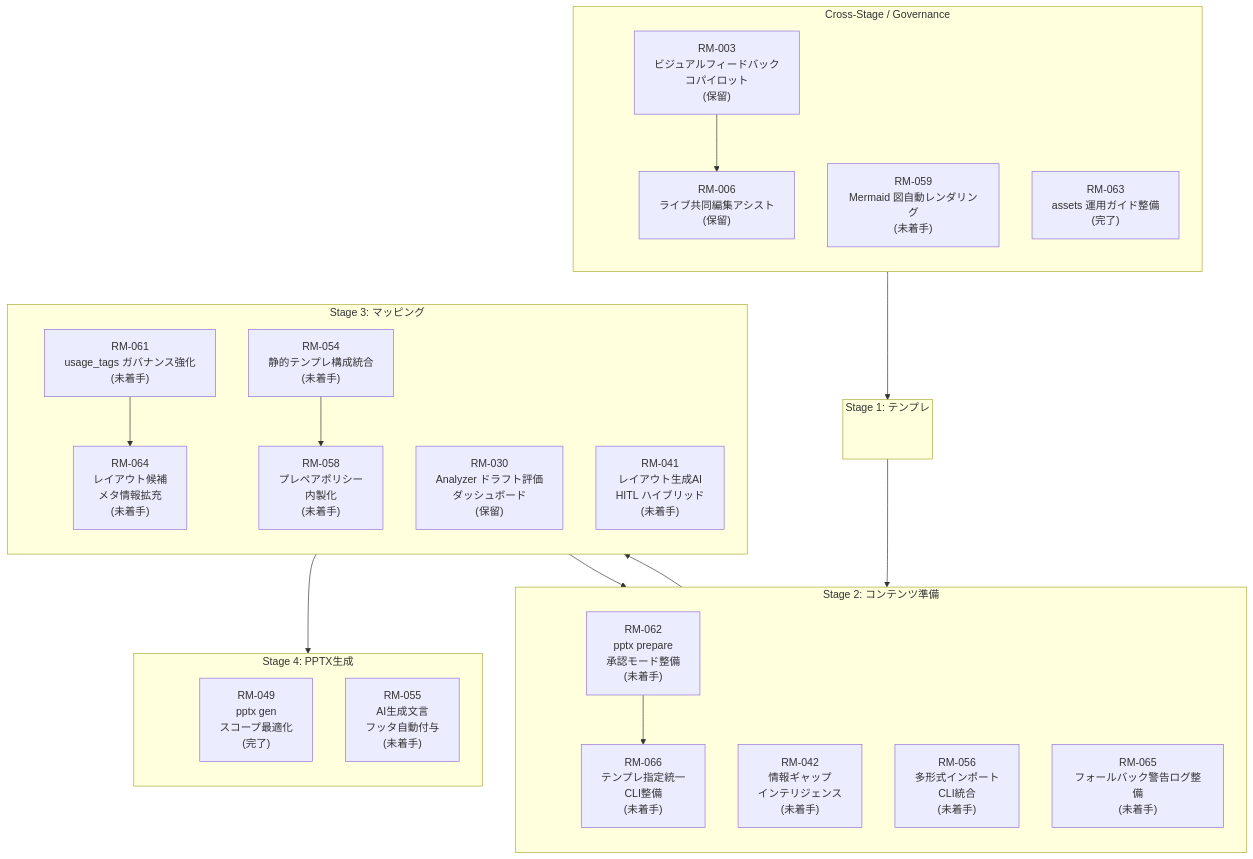
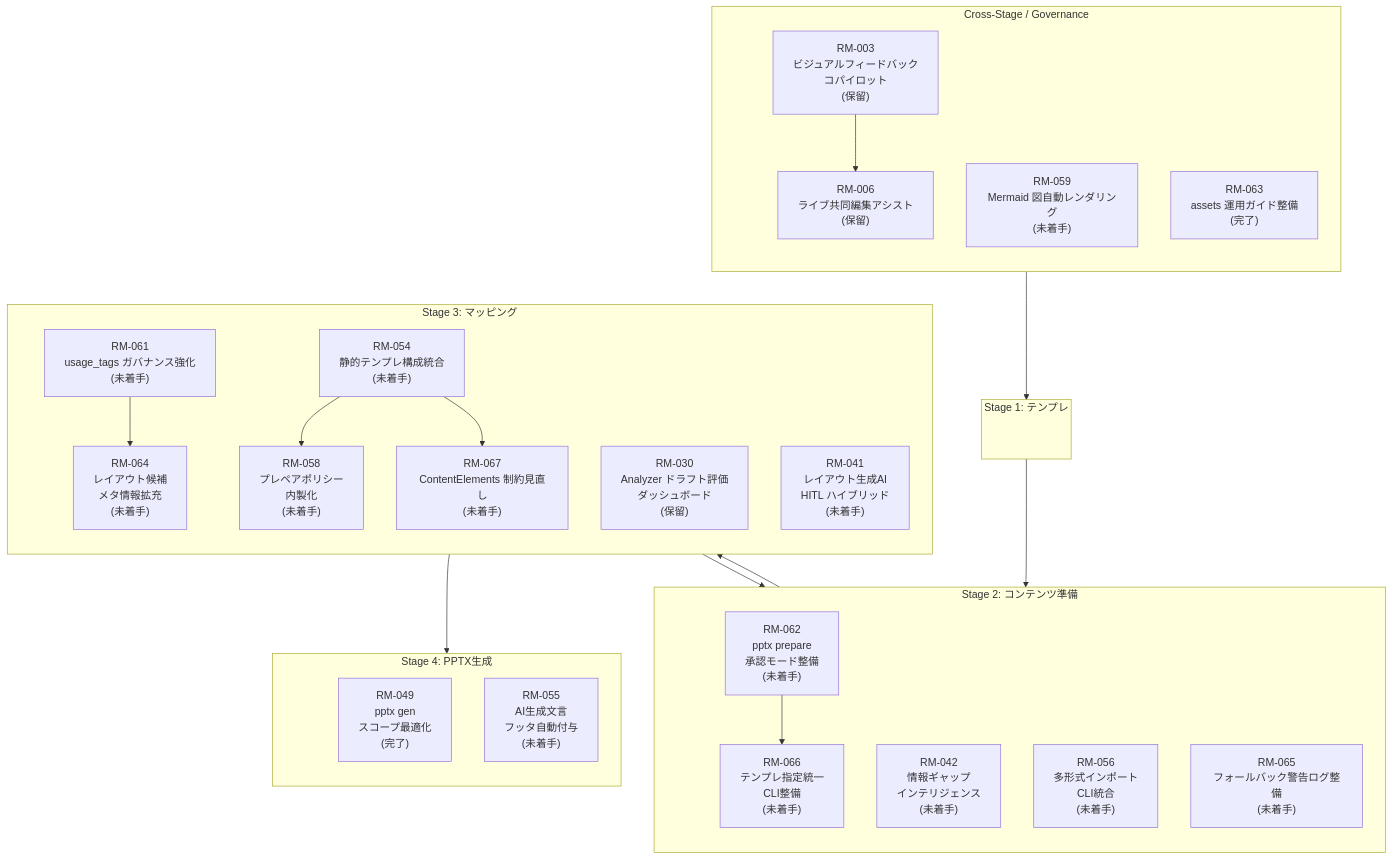
One commit to yurake/pptx_generator changed the diagram in docs/roadmap/roadmap.md. Above: the diagram before and after it, drawn with Mermaid. The commit also changed other lines of this file and 1 other file, not shown here.

Commit message:
docs(roadmap): add rm067 constraint review item

````diff
--- a/docs/roadmap/roadmap.md
+++ b/docs/roadmap/roadmap.md
@@ -25,58 +25,60 @@
 ```mermaid
 flowchart TB
     subgraph GOV["Cross-Stage / Governance"]
         direction TB
         GOV_ANCHOR(( ))
         RM003["RM-003<br/>ビジュアルフィードバック<br/>コパイロット<br/>(保留)"]
         RM006["RM-006<br/>ライブ共同編集アシスト<br/>(保留)"]
         RM059["RM-059<br/>Mermaid 図自動レンダリング<br/>(未着手)"]
         RM063["RM-063<br/>assets 運用ガイド整備<br/>(完了)"]
     end
 
     subgraph ST1["Stage 1: テンプレ"]
         direction TB
         ST1_ANCHOR(( ))
     end
 
     subgraph ST2["Stage 2: コンテンツ準備"]
         direction TB
         ST2_ANCHOR(( ))
         RM042["RM-042<br/>情報ギャップ<br/>インテリジェンス<br/>(未着手)"]
         RM056["RM-056<br/>多形式インポート<br/>CLI統合<br/>(未着手)"]
         RM062["RM-062<br/>pptx prepare<br/>承認モード整備<br/>(未着手)"]
         RM065["RM-065<br/>フォールバック警告ログ整備<br/>(未着手)"]
         RM066["RM-066<br/>テンプレ指定統一<br/>CLI整備<br/>(未着手)"]
     end
 
     subgraph ST3["Stage 3: マッピング"]
         direction TB
         ST3_ANCHOR(( ))
         RM030["RM-030<br/>Analyzer ドラフト評価<br/>ダッシュボード<br/>(保留)"]
         RM041["RM-041<br/>レイアウト生成AI<br/>HITL ハイブリッド<br/>(未着手)"]
         RM054["RM-054<br/>静的テンプレ構成統合<br/>(未着手)"]
         RM058["RM-058<br/>プレペアポリシー<br/>内製化<br/>(未着手)"]
         RM061["RM-061<br/>usage_tags ガバナンス強化<br/>(未着手)"]
         RM064["RM-064<br/>レイアウト候補<br/>メタ情報拡充<br/>(未着手)"]
+        RM067["RM-067<br/>ContentElements 制約見直し<br/>(未着手)"]
     end
 
     subgraph ST4["Stage 4: PPTX生成"]
         direction TB
         ST4_ANCHOR(( ))
         RM049["RM-049<br/>pptx gen<br/>スコープ最適化<br/>(完了)"]
         RM055["RM-055<br/>AI生成文言<br/>フッタ自動付与<br/>(未着手)"]
     end
 
     style GOV_ANCHOR fill:transparent,stroke:transparent
     style ST1_ANCHOR fill:transparent,stroke:transparent
     style ST2_ANCHOR fill:transparent,stroke:transparent
     style ST3_ANCHOR fill:transparent,stroke:transparent
     style ST4_ANCHOR fill:transparent,stroke:transparent
 
     GOV_ANCHOR --> ST1_ANCHOR --> ST2_ANCHOR --> ST3_ANCHOR --> ST4_ANCHOR
 
     RM003 --> RM006
     RM061 --> RM064
     RM064 --> RM065
     RM062 --> RM066
     RM054 --> RM058
+    RM054 --> RM067
 ```
````
